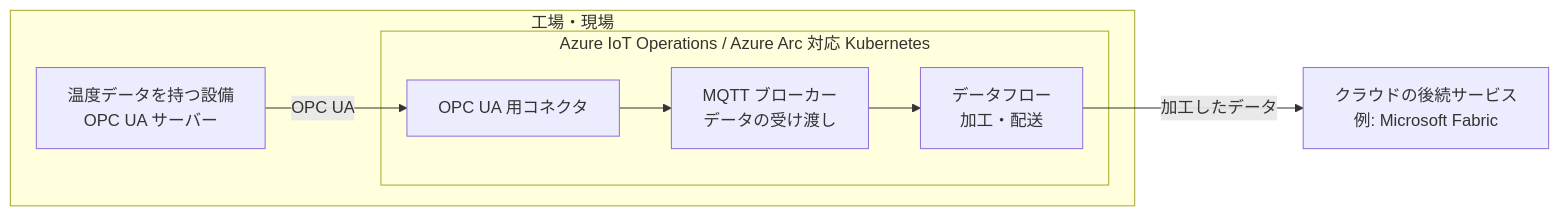
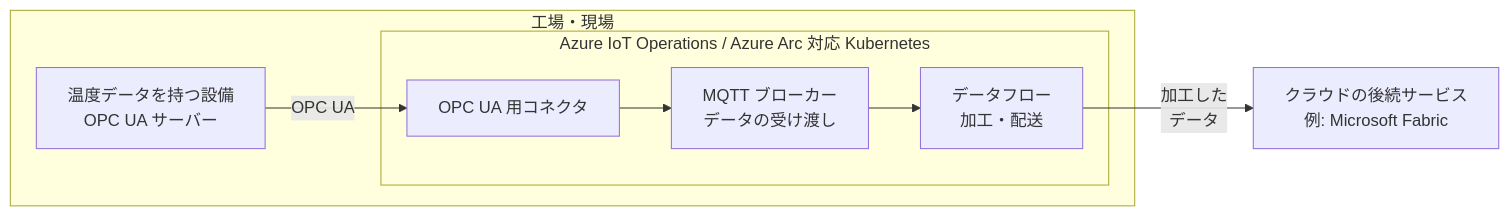
Before and after one commit to zukakosan/demo-azure-iot: the third of 4 diagrams in docs/sections/02-connection-patterns/slides.md, drawn with Mermaid. The commit also changed other lines of this file and 95 other files, not shown here.

````diff
--- a/docs/sections/02-connection-patterns/slides.md
+++ b/docs/sections/02-connection-patterns/slides.md
@@ -139,15 +144,15 @@
 ```mermaid
 flowchart LR
     subgraph site["工場・現場"]
         equipment["温度データを持つ設備\nOPC UA サーバー"]
         subgraph runtime["Azure IoT Operations / Azure Arc 対応 Kubernetes"]
             connector["OPC UA 用コネクタ"]
             broker["MQTT ブローカー\nデータの受け渡し"]
             dataflow["データフロー\n加工・配送"]
         end
         equipment -->|"OPC UA"| connector
         connector --> broker
         broker --> dataflow
     end
-    dataflow -->|"加工したデータ"| cloud["クラウドの後続サービス\n例: Microsoft Fabric"]
+    dataflow -->|"加工した\nデータ"| cloud["クラウドの後続サービス\n例: Microsoft Fabric"]
 ```
````
